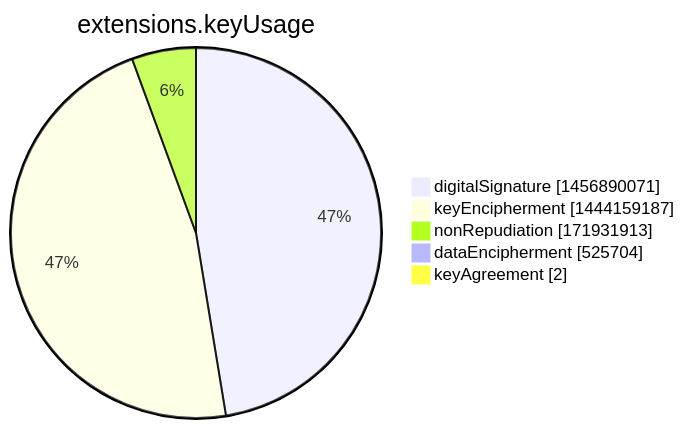
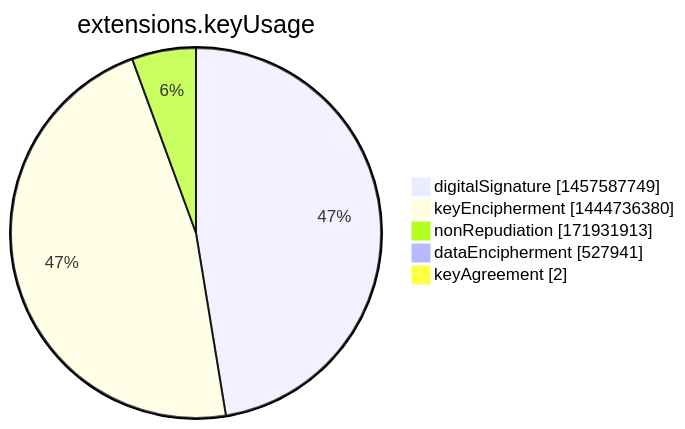
The seventh of 15 diagrams in argon2022/README.md (christiankrug/ctmonitor_visualization), drawn with Mermaid before and after one commit. The commit also changed other lines of this file, not shown here.

````diff
--- a/argon2022/README.md
+++ b/argon2022/README.md
@@ -2751,9 +2751,9 @@
 ```mermaid
 pie showData
 title extensions.keyUsage
-"digitalSignature" :1456890071
-"keyEncipherment" :1444159187
+"digitalSignature" :1457587749
+"keyEncipherment" :1444736380
 "nonRepudiation" :171931913
-"dataEncipherment" :525704
+"dataEncipherment" :527941
 "keyAgreement" :2
 ```
````
